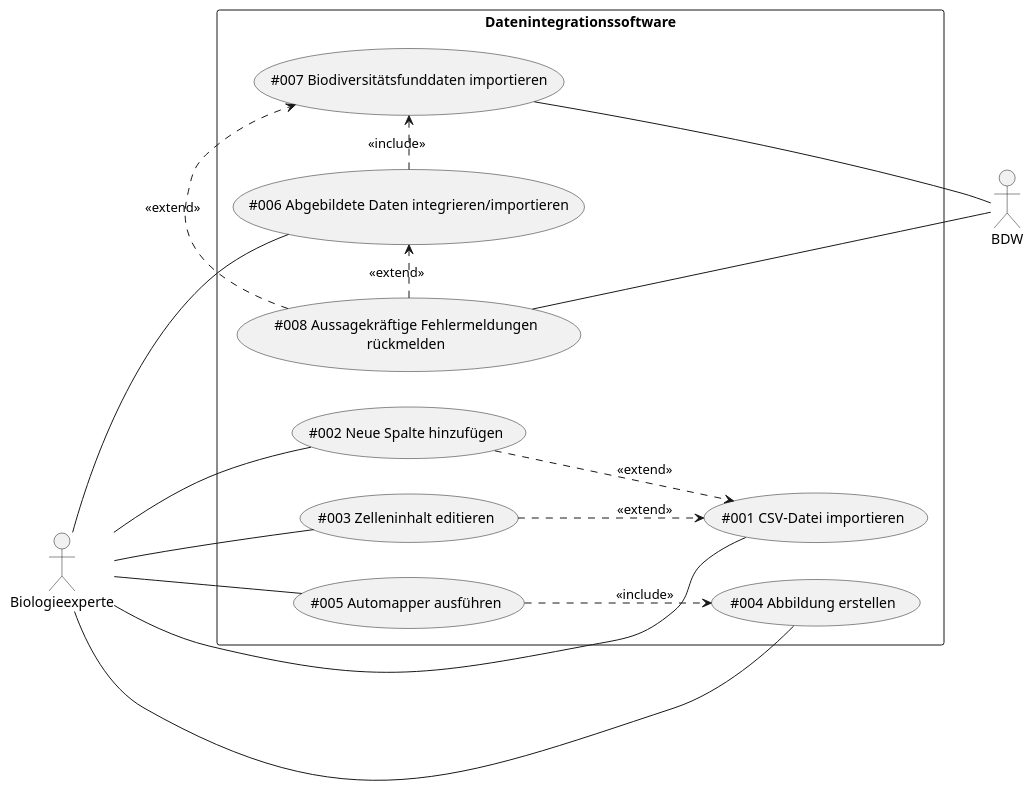
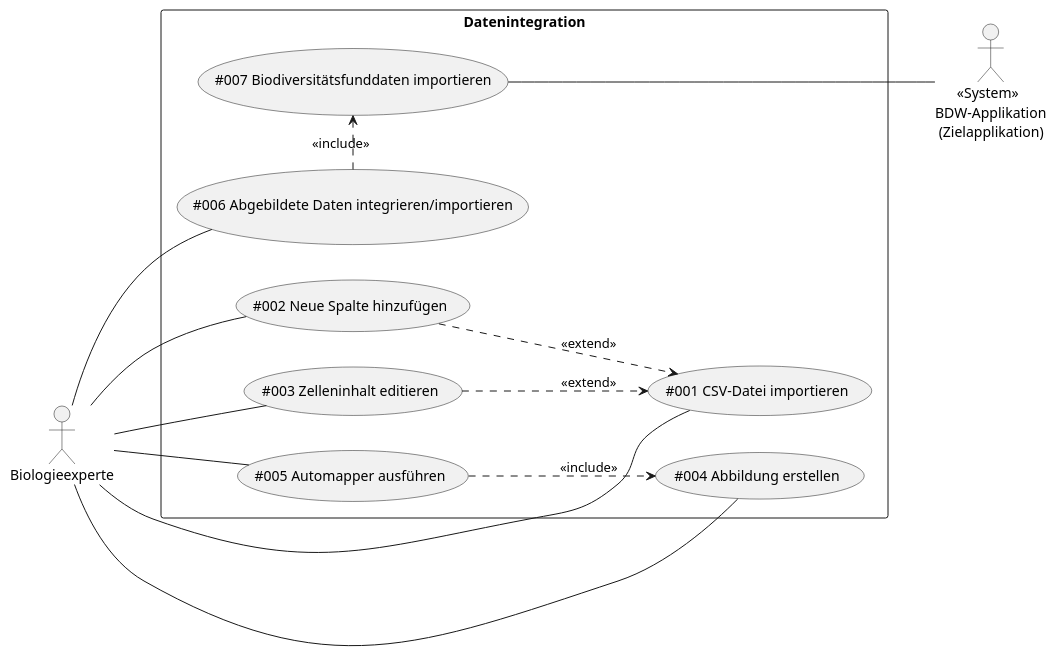
Before and after one commit to TuncerCatalkaya/data-integration: the diagram in data-integration-documentation/src/main/images/usecases/datenintegration.puml, drawn with PlantUML. The commit also changed 70 other files, not shown here.

Commit message:
diagrams

```diff
--- a/data-integration-documentation/src/main/images/usecases/datenintegration.puml
+++ b/data-integration-documentation/src/main/images/usecases/datenintegration.puml
@@ -1,41 +1,37 @@
 @startuml
 left to right direction
 
 actor Biologieexperte as biologieExperte
-actor BDW as bdw
+actor "      <<System>>\nBDW-Applikation\n (Zielapplikation)" as bdw
 
-rectangle "Datenintegrationssoftware" {
+rectangle "Datenintegration" {
     (#001 CSV-Datei importieren) as (UC1)
     (#002 Neue Spalte hinzufügen) as (UC2)
     (#003 Zelleninhalt editieren) as (UC3)
     (#004 Abbildung erstellen) as (UC4)
     (#005 Automapper ausführen) as (UC5)
     (#006 Abgebildete Daten integrieren/importieren) as (UC6)
     (#007 Biodiversitätsfunddaten importieren) as (UC7)
-    (#008 Aussagekräftige Fehlermeldungen\nrückmelden) as (UC8)
 }
 
 
 biologieExperte -- UC1
 biologieExperte -- UC2
 biologieExperte -- UC3
 biologieExperte -- UC4
 biologieExperte -- UC5
 biologieExperte -- UC6
 
 UC7 --- bdw
-UC8 --- bdw
 
 UC2 ..> UC1: <<extend>>
 UC3 ..> UC1: <<extend>>
 
 UC5 ..> UC4: <<include>>
 
 UC6 .> UC7: <<include>>
-UC8 .> UC7: <<extend>>
-UC8 .> UC6: <<extend>>
 
 'UC1 -[hidden]- UC3
 'UC2 -[hidden]- UC4
 
 @enduml
```
